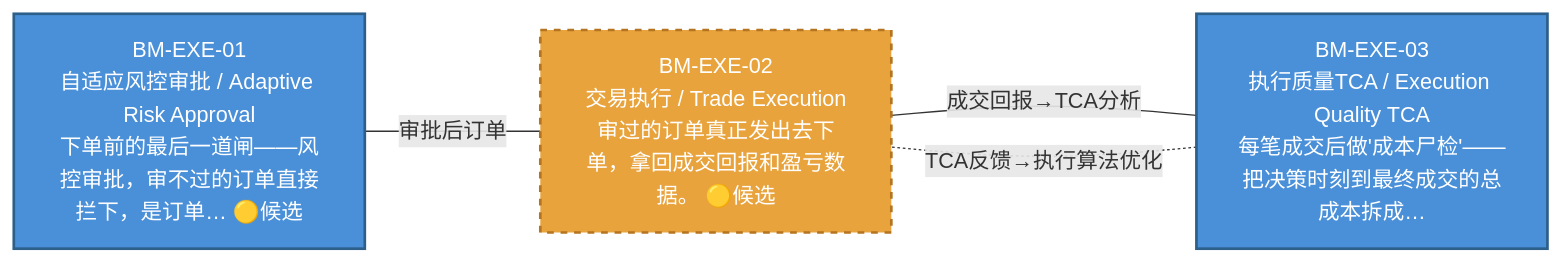
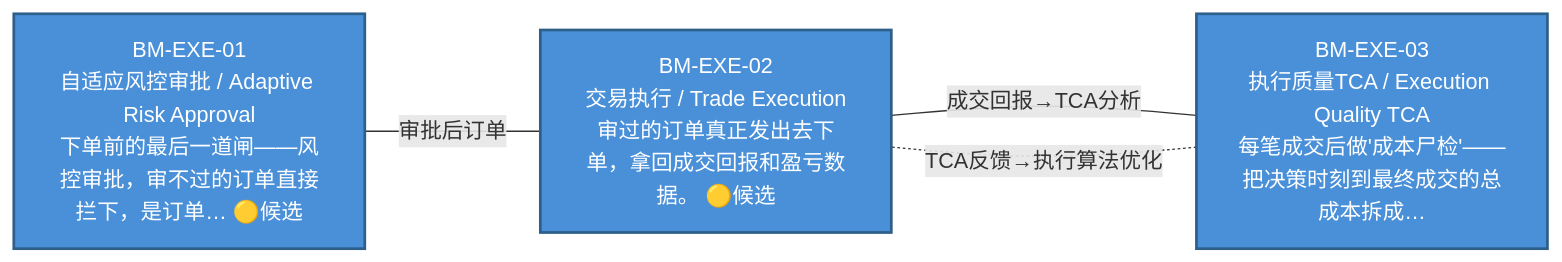
Before and after one commit to xuanFelixVan/ZephyrAlpha: the diagram in docs/02_enterprise_architecture/07_trading_decision_architecture/battle_map/battle_map_05_execution.md, drawn with Mermaid. The commit also changed other lines of this file and 28 other files, not shown here.

````diff
--- a/docs/02_enterprise_architecture/07_trading_decision_architecture/battle_map/battle_map_05_execution.md
+++ b/docs/02_enterprise_architecture/07_trading_decision_architecture/battle_map/battle_map_05_execution.md
@@ -15,15 +15,15 @@
 ```mermaid
 %% 执行阶段图
 flowchart LR
     BM_EXE_01["BM-EXE-01\n自适应风控审批 / Adaptive Risk Approval\n下单前的最后一道闸——风控审批，审不过的订单直接拦下，是订单… 🟡候选"]:::production
-    BM_EXE_02["BM-EXE-02\n交易执行 / Trade Execution\n审过的订单真正发出去下单，拿回成交回报和盈亏数据。 🟡候选"]:::design
+    BM_EXE_02["BM-EXE-02\n交易执行 / Trade Execution\n审过的订单真正发出去下单，拿回成交回报和盈亏数据。 🟡候选"]:::production
     BM_EXE_03["BM-EXE-03\n执行质量TCA / Execution Quality TCA\n每笔成交后做'成本尸检'——把决策时刻到最终成交的总成本拆成…"]:::production
     BM_EXE_01 --- |审批后订单| BM_EXE_02
     BM_EXE_02 --- |成交回报→TCA分析| BM_EXE_03
     BM_EXE_03 -.- |TCA反馈→执行算法优化| BM_EXE_02
 classDef production fill:#4A90D9,stroke:#2C5F8A,color:#fff,stroke-width:2px;
 classDef design fill:#E8A33D,stroke:#B57520,color:#fff,stroke-width:2px,stroke-dasharray: 5 5;
 classDef deprecated fill:#D93636,stroke:#A02020,color:#fff,stroke-width:2px;
 classDef missing fill:#BBBBBB,stroke:#888888,color:#fff,stroke-width:2px;
 classDef candidate fill:#F4D03F,stroke:#B7950B,color:#000,stroke-width:2px;
 ```
````
